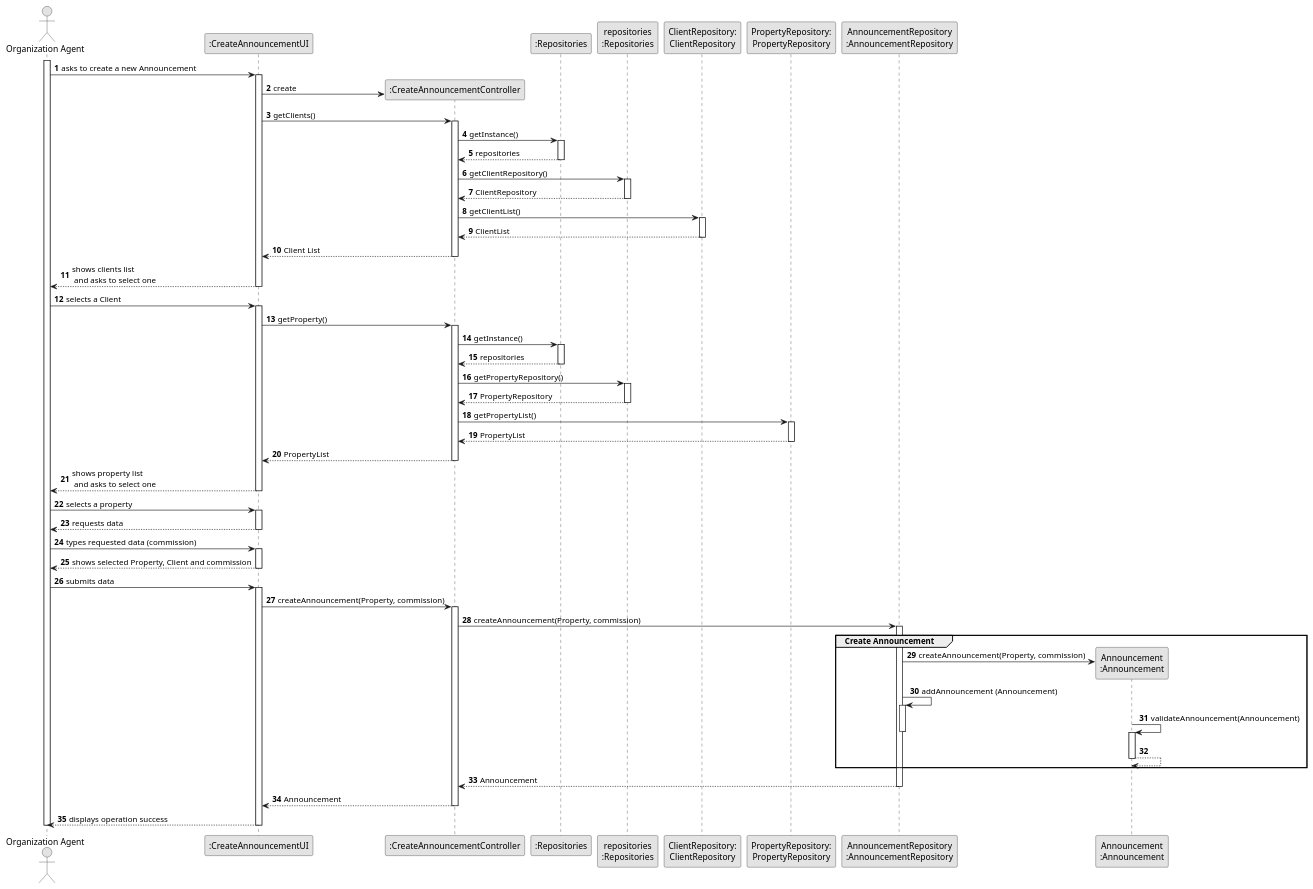
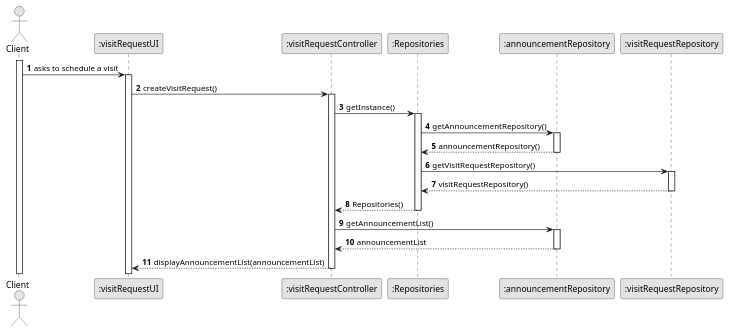
Before and after one commit to hugosilva2901/lei-22-s2-1DO-g68: the diagram in lei-22-s2-1do-g68/docs/SprintC/us009/03.design/puml/us002-sequence-diagram-full.puml, drawn with PlantUML.

Commit message:
US009 sequence diagram full (puml / svg)

```diff
--- a/lei-22-s2-1do-g68/docs/SprintC/us009/03.design/puml/us002-sequence-diagram-full.puml
+++ b/lei-22-s2-1do-g68/docs/SprintC/us009/03.design/puml/us002-sequence-diagram-full.puml
@@ -1,133 +1,55 @@
 @startuml
 skinparam monochrome true
 skinparam packageStyle rectangle
 skinparam shadowing false
 
 autonumber
 
 'hide footbox
-actor "Organization Agent" as ADM
-participant ":CreateAnnouncementUI" as UI
-participant ":CreateAnnouncementController" as CTRL
-participant ":Repositories" as RepositorySingleton
-participant "repositories\n:Repositories" as PLAT
-participant "ClientRepository:\nClientRepository" as TaskCategoryRepository
-participant "PropertyRepository:\nPropertyRepository" as PropertyRepository
-participant "AnnouncementRepository\n:AnnouncementRepository" as ORG
-participant "Announcement\n:Announcement" as TAREFA
+actor "Client" as user
+participant ":visitRequestUI" as visitRequestUI
+participant ":visitRequestController" as visitRequestController
+participant ":Repositories" as Repositories
+participant ":announcementRepository" as announcementRepository
+participant ":visitRequestRepository" as visitRequestRepository
 
-activate ADM
+activate user
+user -> visitRequestUI : asks to schedule a visit
 
-        ADM -> UI : asks to create a new Announcement
+activate visitRequestUI
+visitRequestUI -> visitRequestController : createVisitRequest()
 
-        activate UI
+activate visitRequestController
 
-'            UI --> ADM : requests data (reference, description,  informal \n description, technical description, duration, cost)
-            'create CTRL
-            UI -> CTRL** : create
+visitRequestController -> Repositories : getInstance()
+activate Repositories
 
-            UI -> CTRL : getClients()
-            activate CTRL
+Repositories -> announcementRepository : getAnnouncementRepository()
+activate announcementRepository
 
-                CTRL -> RepositorySingleton : getInstance()
-                activate RepositorySingleton
+announcementRepository --> Repositories : announcementRepository()
 
-                    RepositorySingleton --> CTRL: repositories
-                deactivate RepositorySingleton
+deactivate announcementRepository
 
-                CTRL -> PLAT : getClientRepository()
-                activate PLAT
+Repositories -> visitRequestRepository : getVisitRequestRepository()
+activate visitRequestRepository
 
-                    PLAT --> CTRL: ClientRepository
-                deactivate PLAT
+visitRequestRepository --> Repositories : visitRequestRepository()
+deactivate visitRequestRepository
 
-                CTRL -> TaskCategoryRepository : getClientList()
-                activate TaskCategoryRepository
+Repositories --> visitRequestController : Repositories()
 
-                    TaskCategoryRepository --> CTRL : ClientList
-                deactivate TaskCategoryRepository
+deactivate Repositories
+visitRequestController -> announcementRepository : getAnnouncementList()
 
-                CTRL --> UI : Client List
-            deactivate CTRL
+activate announcementRepository
 
-            UI --> ADM : shows clients list\n and asks to select one
-        deactivate UI
+announcementRepository --> visitRequestController : announcementList
 
-    ADM -> UI : selects a Client
-    activate UI
+deactivate announcementRepository
 
-                UI -> CTRL : getProperty()
-                activate CTRL
+visitRequestController --> visitRequestUI : displayAnnouncementList(announcementList)
 
-                    CTRL -> RepositorySingleton : getInstance()
-                    activate RepositorySingleton
-
-                        RepositorySingleton --> CTRL: repositories
-                    deactivate RepositorySingleton
-
-                    CTRL -> PLAT : getPropertyRepository()
-                    activate PLAT
-
-                        PLAT --> CTRL: PropertyRepository
-                    deactivate PLAT
-
-                    CTRL -> PropertyRepository : getPropertyList()
-                    activate PropertyRepository
-
-                        PropertyRepository --> CTRL : PropertyList
-                    deactivate PropertyRepository
-
-                    CTRL --> UI : PropertyList
-                deactivate CTRL
-
-                UI --> ADM : shows property list\n and asks to select one
-            deactivate UI
-
-        ADM -> UI : selects a property
-        activate UI
-
-        UI --> ADM : requests data
-    deactivate UI
-
-    ADM -> UI : types requested data (commission)
-    activate UI
-
-        UI --> ADM : shows selected Property, Client and commission
-    deactivate UI
-
-    ADM -> UI : submits data
-        activate UI
-
-            UI -> CTRL : createAnnouncement(Property, commission)
-            activate CTRL
-
-                CTRL -> ORG: createAnnouncement(Property, commission)
-                activate ORG
-
-                    group Create Announcement
-                        ORG -> TAREFA**: createAnnouncement(Property, commission)
-                        ORG -> ORG: addAnnouncement (Announcement)
-
-
-                        activate ORG
-                            TAREFA -> TAREFA: validateAnnouncement(Announcement)
-                        deactivate ORG
-
-                        activate TAREFA
-                            TAREFA --> TAREFA
-                        deactivate TAREFA
-
-
-                    end
-
-                    ORG --> CTRL : Announcement
-                deactivate ORG
-
-                CTRL --> UI: Announcement
-                deactivate CTRL
-                UI --> ADM: displays operation success
-        deactivate UI
-
-    deactivate ADM
+deactivate visitRequestController
 
 @enduml
```
